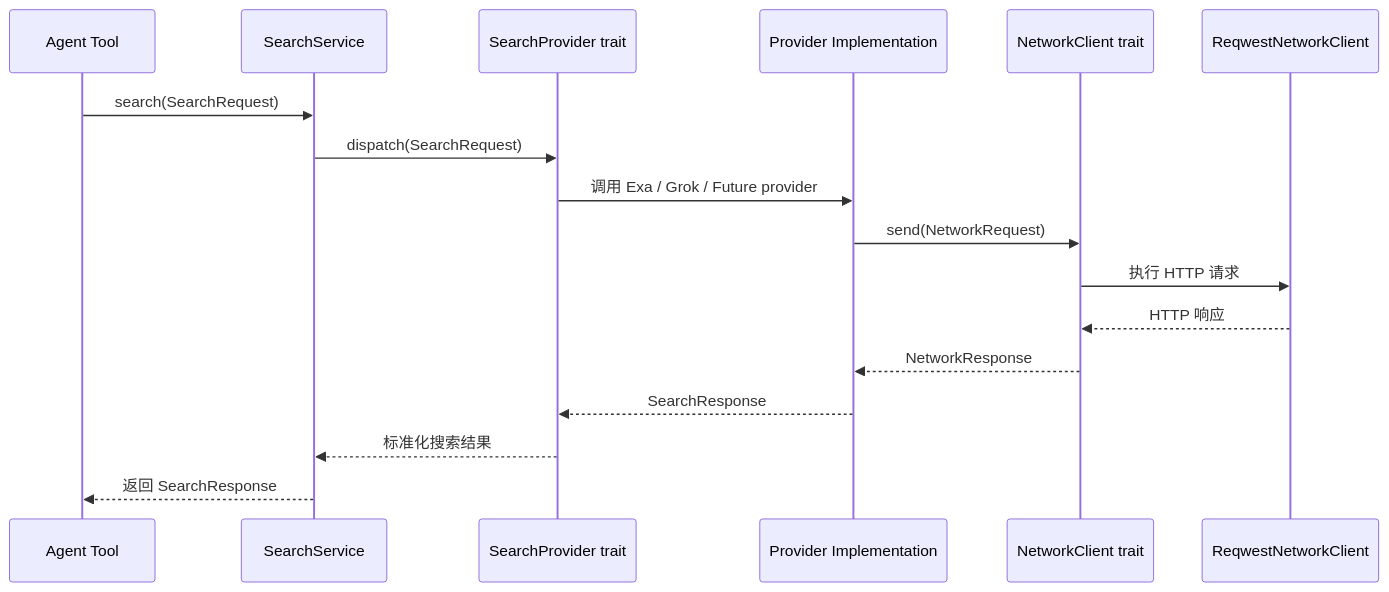
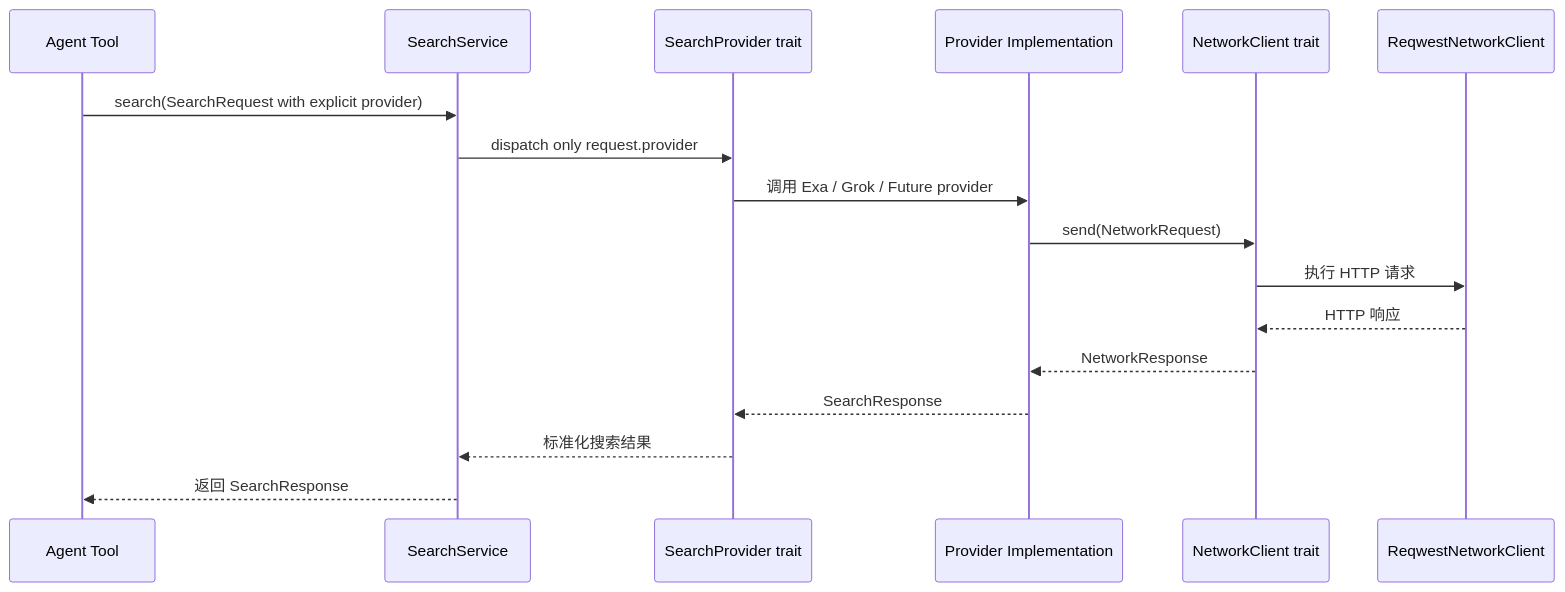
The fifth of 5 diagrams in docs/research-agent-product.md (4o3F/MoeResearch), drawn with Mermaid before and after one commit. The commit also changed other lines of this file and 45 other files, not shown here.

````diff
--- a/docs/research-agent-product.md
+++ b/docs/research-agent-product.md
@@ -572,20 +568,20 @@
 ```mermaid
 sequenceDiagram
   participant Tool as Agent Tool
   participant Service as SearchService
   participant Provider as SearchProvider trait
   participant Impl as Provider Implementation
   participant Net as NetworkClient trait
   participant Reqwest as ReqwestNetworkClient
 
-  Tool->>Service: search(SearchRequest)
-  Service->>Provider: dispatch(SearchRequest)
+  Tool->>Service: search(SearchRequest with explicit provider)
+  Service->>Provider: dispatch only request.provider
   Provider->>Impl: 调用 Exa / Grok / Future provider
   Impl->>Net: send(NetworkRequest)
   Net->>Reqwest: 执行 HTTP 请求
   Reqwest-->>Net: HTTP 响应
   Net-->>Impl: NetworkResponse
   Impl-->>Provider: SearchResponse
   Provider-->>Service: 标准化搜索结果
   Service-->>Tool: 返回 SearchResponse
 ```
````
